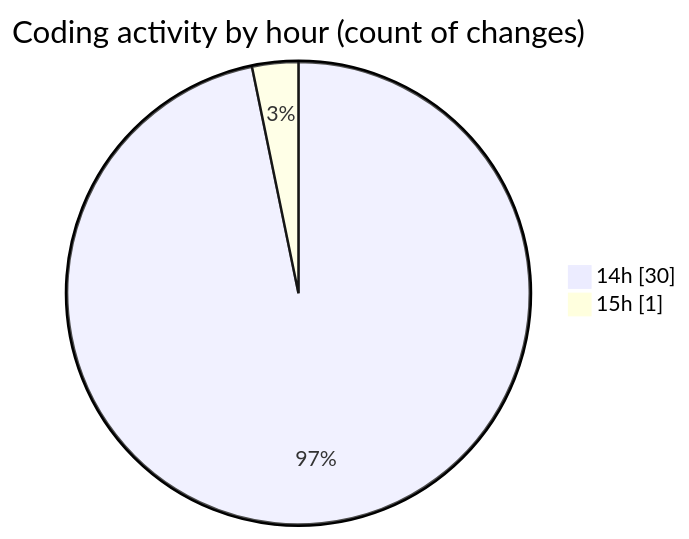
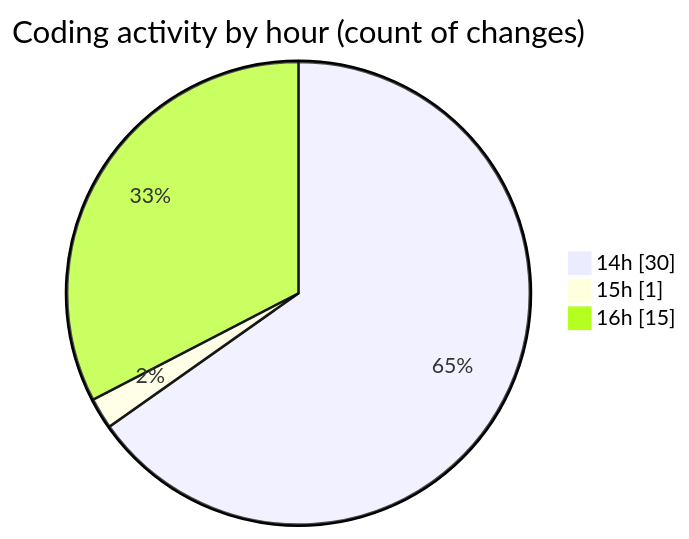
One commit to Ritupan-Deka/code-tracking changed the second of 2 diagrams in 2025-05-03/projects/README.md. Above: the diagram before and after it, drawn with Mermaid. The commit also changed other lines of this file and 1 other file, not shown here.

````diff
--- a/2025-05-03/projects/README.md
+++ b/2025-05-03/projects/README.md
@@ -43,6 +43,7 @@
 ```mermaid
 pie showData
 title Coding activity by hour (count of changes)
 "14h" : 30
 "15h" : 1
+"16h" : 15
 ```
````
